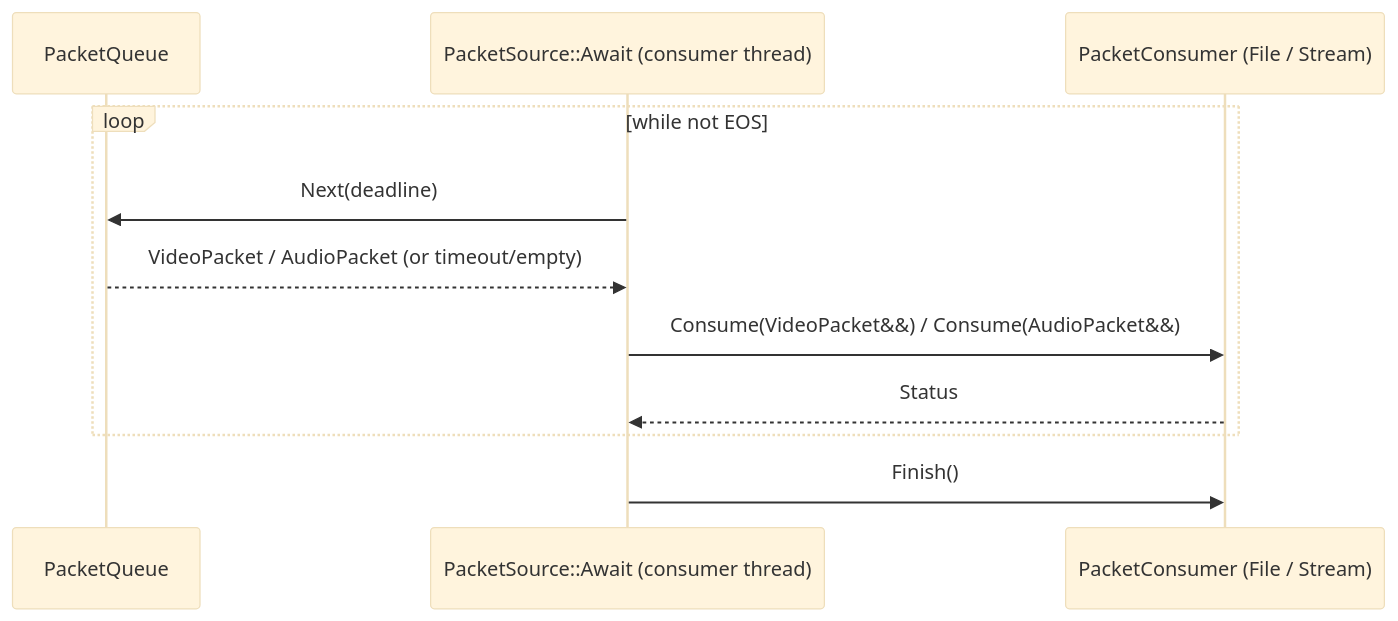
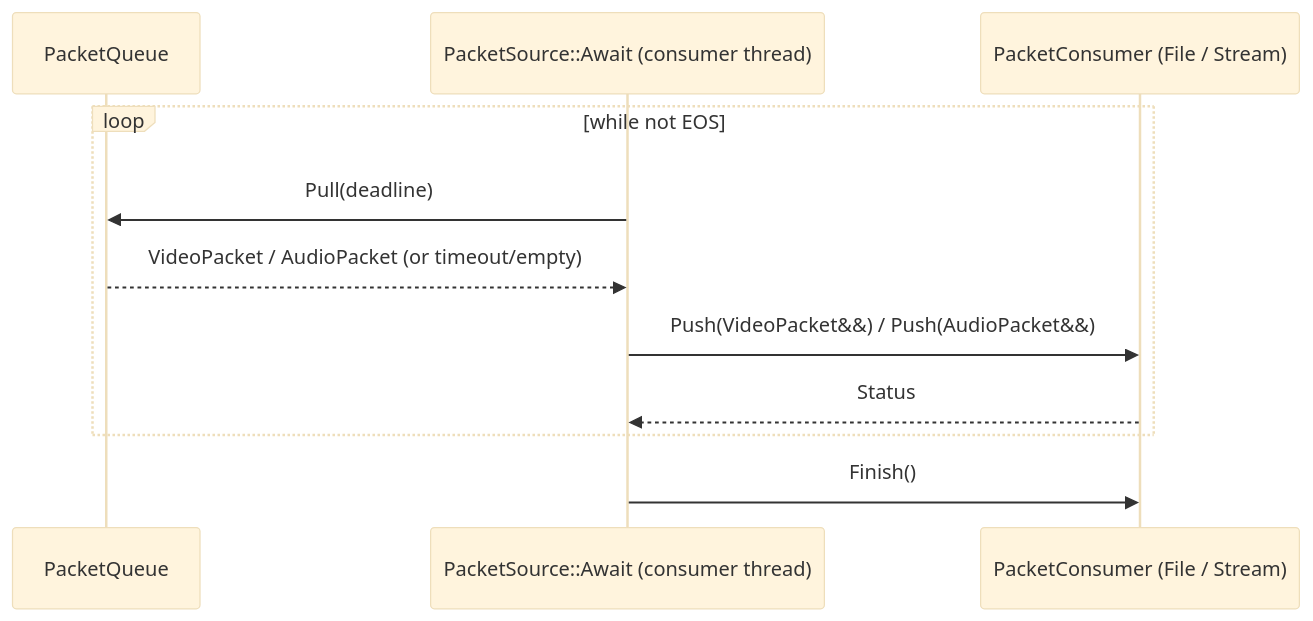
Before and after one commit to oxsource/video_codec: the second of 2 diagrams in codec/doc/architecture/output-queue.md, drawn with Mermaid (base theme). The commit also changed other lines of this file and 28 other files, not shown here.

First line of the commit message:
refactor(queue): rename PacketSink::Consume -> Push, PacketSource::Next -> Pull

````diff
--- a/codec/doc/architecture/output-queue.md
+++ b/codec/doc/architecture/output-queue.md
@@ -58,13 +58,13 @@
 ```mermaid
 sequenceDiagram
     participant Q as PacketQueue
     participant P as PacketSource::Await (consumer thread)
     participant C as PacketConsumer (File / Stream)
     loop while not EOS
-        P->>Q: Next(deadline)
+        P->>Q: Pull(deadline)
         Q-->>P: VideoPacket / AudioPacket (or timeout/empty)
-        P->>C: Consume(VideoPacket&&) / Consume(AudioPacket&&)
+        P->>C: Push(VideoPacket&&) / Push(AudioPacket&&)
         C-->>P: Status
     end
     P->>C: Finish()
 ```
````
